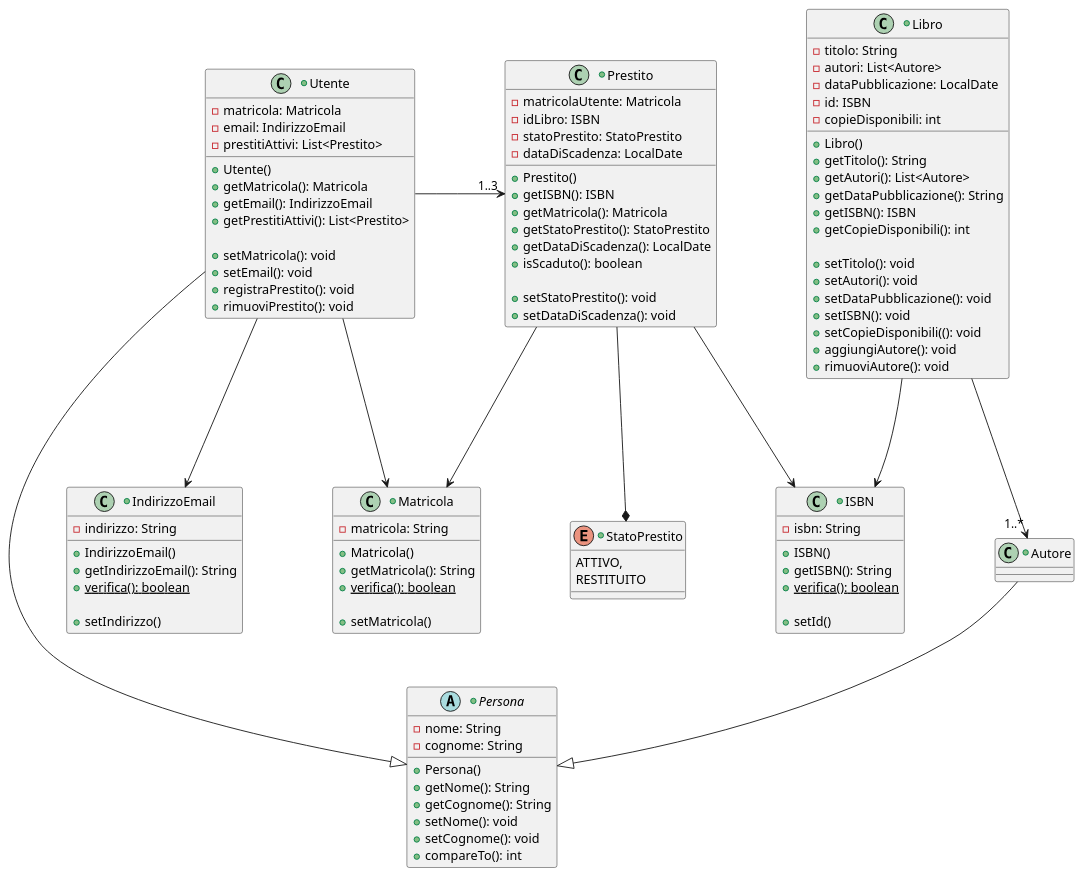
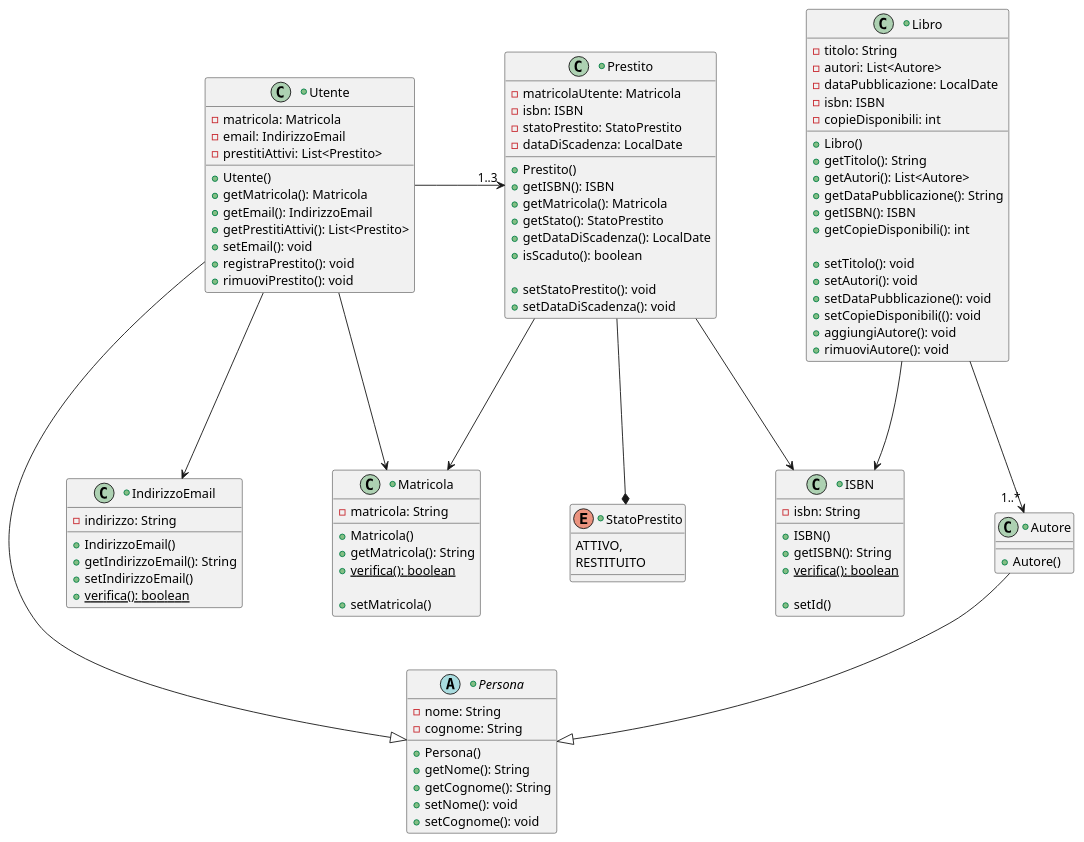
The diagram in docs/uml/classesDati.puml (Meziu/easylibrary), drawn with PlantUML before and after one commit.

Commit message:
Modifica per coerenza con implementazione

```diff
--- a/docs/uml/classesDati.puml
+++ b/docs/uml/classesDati.puml
@@ -1,127 +1,124 @@
 @startuml
 'skinparam classAttributeIconSize 0
 skinparam nodesep 100
 
 +abstract class Persona{
     -nome: String
     -cognome: String
 
     +Persona()
     +getNome(): String
     +getCognome(): String
     +setNome(): void
     +setCognome(): void
-    +compareTo(): int
 }
 
 together {
     +class Utente {
         -matricola: Matricola
         -email: IndirizzoEmail
         -prestitiAttivi: List<Prestito>
 
         +Utente()
         +getMatricola(): Matricola
         +getEmail(): IndirizzoEmail
         +getPrestitiAttivi(): List<Prestito>
-
-        +setMatricola(): void
         +setEmail(): void
         +registraPrestito(): void
         +rimuoviPrestito(): void
     }
 
     +class Libro{
         -titolo: String
         -autori: List<Autore>
         -dataPubblicazione: LocalDate
-        -id: ISBN
+        -isbn: ISBN
         -copieDisponibili: int
 
         +Libro()
         +getTitolo(): String
         +getAutori(): List<Autore>
         +getDataPubblicazione(): String
         +getISBN(): ISBN
         +getCopieDisponibili(): int
 
         +setTitolo(): void
         +setAutori(): void
         +setDataPubblicazione(): void
-        +setISBN(): void
         +setCopieDisponibili((): void
         +aggiungiAutore(): void
         +rimuoviAutore(): void
     }
 
     +class Prestito{
         -matricolaUtente: Matricola
-        -idLibro: ISBN
+        -isbn: ISBN
         -statoPrestito: StatoPrestito
         -dataDiScadenza: LocalDate
 
         +Prestito()
         +getISBN(): ISBN
         +getMatricola(): Matricola
-        +getStatoPrestito(): StatoPrestito
+        +getStato(): StatoPrestito
         +getDataDiScadenza(): LocalDate
         +isScaduto(): boolean
 
         +setStatoPrestito(): void
         +setDataDiScadenza(): void
     }
 }
 
 together {
     +class Matricola {
         -matricola: String
 
         +Matricola()
         +getMatricola(): String
         +verifica(): boolean {static}
 
         +setMatricola()
     }
 
 
     +class IndirizzoEmail {
         -indirizzo: String
 
         +IndirizzoEmail()
         +getIndirizzoEmail(): String
+        +setIndirizzoEmail()
         +verifica(): boolean {static}
 
-        +setIndirizzo()
     }
 
     +class ISBN {
         -isbn: String
 
         +ISBN()
         +getISBN(): String
         +verifica(): boolean {static}
 
         +setId()
     }
 
     +enum StatoPrestito{
         ATTIVO,
         RESTITUITO
     }
 
     +class Autore {
+        +Autore()
     }
 }
 
 Utente -right-> "1..3" Prestito
 Utente --> Matricola
 Utente ---> IndirizzoEmail
 Libro ---> "1..*" Autore
 Libro --> ISBN
 Prestito --> Matricola
 Prestito --> ISBN
 Prestito --* StatoPrestito
 
 Autore -down-|> Persona
 Utente -down-|> Persona
 @enduml
```
